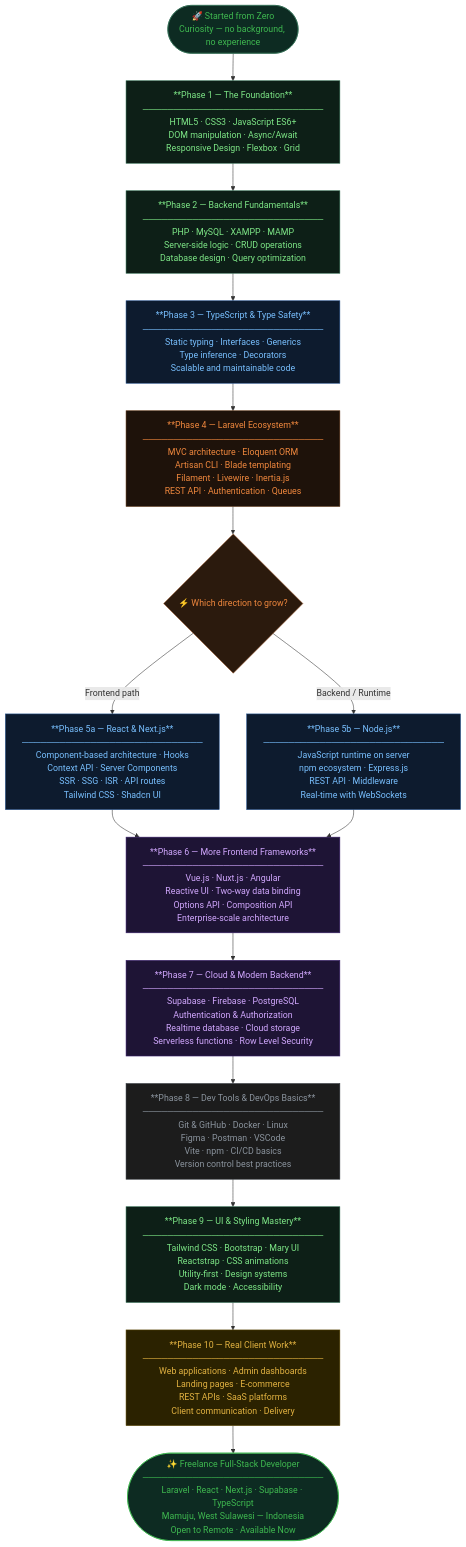
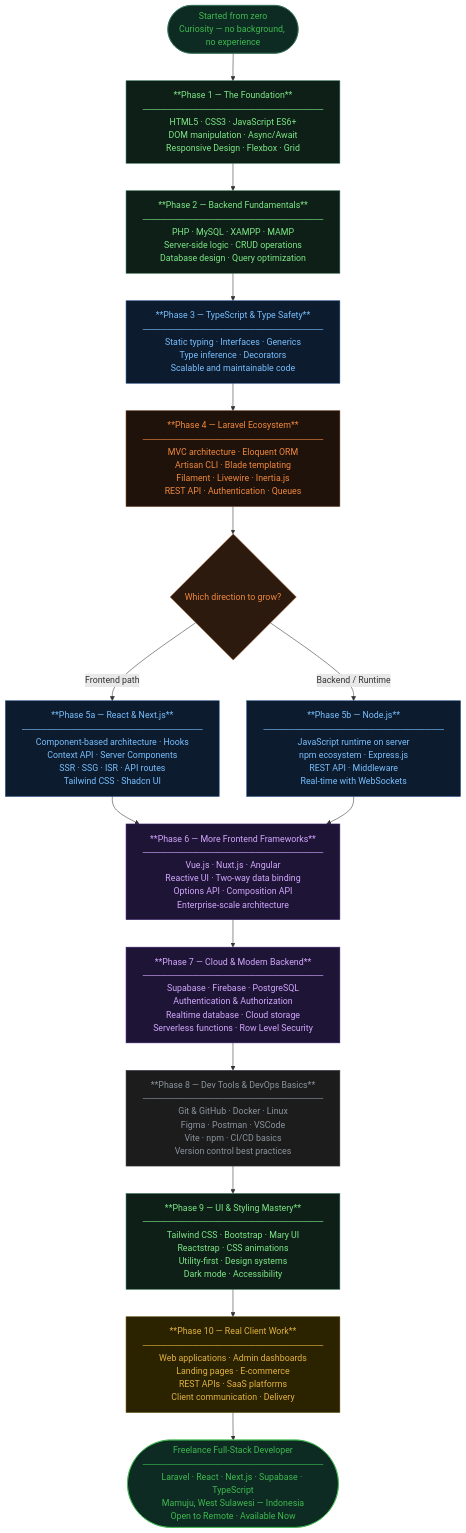
One commit to royandixix/royandixix changed the diagram in README.md. Above: the diagram before and after it, drawn with Mermaid. The commit also changed other lines of this file, not shown here.

````diff
--- a/README.md
+++ b/README.md
@@ -80,60 +54,60 @@
 ```mermaid
 flowchart TD
-    START([" 🚀 Started from Zero\nCuriosity — no background, no experience"])
+    START([" Started from zero\nCuriosity — no background, no experience"])
     START --> P1
 
     P1["**Phase 1 — The Foundation**\n─────────────────────────────\nHTML5 · CSS3 · JavaScript ES6+\nDOM manipulation · Async/Await\nResponsive Design · Flexbox · Grid"]
     P1 --> P2
 
     P2["**Phase 2 — Backend Fundamentals**\n─────────────────────────────\nPHP · MySQL · XAMPP · MAMP\nServer-side logic · CRUD operations\nDatabase design · Query optimization"]
     P2 --> P3
 
     P3["**Phase 3 — TypeScript & Type Safety**\n─────────────────────────────\nStatic typing · Interfaces · Generics\nType inference · Decorators\nScalable and maintainable code"]
     P3 --> P4
 
     P4["**Phase 4 — Laravel Ecosystem**\n─────────────────────────────\nMVC architecture · Eloquent ORM\nArtisan CLI · Blade templating\nFilament · Livewire · Inertia.js\nREST API · Authentication · Queues"]
     P4 --> FORK
 
-    FORK{"⚡ Which direction to grow?"}
+    FORK{"Which direction to grow?"}
     FORK -->|"Frontend path"| P5A
     FORK -->|"Backend / Runtime"| P5B
 
     P5A["**Phase 5a — React & Next.js**\n─────────────────────────────\nComponent-based architecture · Hooks\nContext API · Server Components\nSSR · SSG · ISR · API routes\nTailwind CSS · Shadcn UI"]
 
     P5B["**Phase 5b — Node.js**\n─────────────────────────────\nJavaScript runtime on server\nnpm ecosystem · Express.js\nREST API · Middleware\nReal-time with WebSockets"]
 
     P5A --> P6
     P5B --> P6
 
     P6["**Phase 6 — More Frontend Frameworks**\n─────────────────────────────\nVue.js · Nuxt.js · Angular\nReactive UI · Two-way data binding\nOptions API · Composition API\nEnterprise-scale architecture"]
     P6 --> P7
 
     P7["**Phase 7 — Cloud & Modern Backend**\n─────────────────────────────\nSupabase · Firebase · PostgreSQL\nAuthentication & Authorization\nRealtime database · Cloud storage\nServerless functions · Row Level Security"]
     P7 --> P8
 
     P8["**Phase 8 — Dev Tools & DevOps Basics**\n─────────────────────────────\nGit & GitHub · Docker · Linux\nFigma · Postman · VSCode\nVite · npm · CI/CD basics\nVersion control best practices"]
     P8 --> P9
 
     P9["**Phase 9 — UI & Styling Mastery**\n─────────────────────────────\nTailwind CSS · Bootstrap · Mary UI\nReactstrap · CSS animations\nUtility-first · Design systems\nDark mode · Accessibility"]
     P9 --> P10
 
     P10["**Phase 10 — Real Client Work**\n─────────────────────────────\nWeb applications · Admin dashboards\nLanding pages · E-commerce\nREST APIs · SaaS platforms\nClient communication · Delivery"]
     P10 --> FINAL
 
-    FINAL(["✨ Freelance Full-Stack Developer\n─────────────────────────────\nLaravel · React · Next.js · Supabase · TypeScript\nMamuju, West Sulawesi — Indonesia\nOpen to Remote · Available Now"])
+    FINAL(["Freelance Full-Stack Developer\n─────────────────────────────\nLaravel · React · Next.js · Supabase · TypeScript\nMamuju, West Sulawesi — Indonesia\nOpen to Remote · Available Now"])
 
     style START fill:#0d2b22,stroke:#2d6a4f,color:#3fb950
     style FINAL fill:#0d2b22,stroke:#3fb950,color:#3fb950
     style FORK  fill:#2b1a0d,stroke:#995224,color:#f0883e
     style P1    fill:#0d1f17,stroke:#2d6a4f,color:#7ee787
     style P2    fill:#0d1f17,stroke:#2d6a4f,color:#7ee787
     style P3    fill:#0d1b2e,stroke:#1f4d8a,color:#79c0ff
     style P4    fill:#1e120a,stroke:#5a3010,color:#f0883e
     style P5A   fill:#0d1b2e,stroke:#1f4d8a,color:#79c0ff
     style P5B   fill:#0d1b2e,stroke:#1f4d8a,color:#79c0ff
     style P6    fill:#1e1435,stroke:#3a1f6e,color:#d2a8ff
     style P7    fill:#1e1435,stroke:#3a1f6e,color:#d2a8ff
     style P8    fill:#1c1c1c,stroke:#30363d,color:#8b949e
     style P9    fill:#0d1f17,stroke:#2d6a4f,color:#7ee787
     style P10   fill:#2b2200,stroke:#5a4500,color:#e3b341
 ```
````
